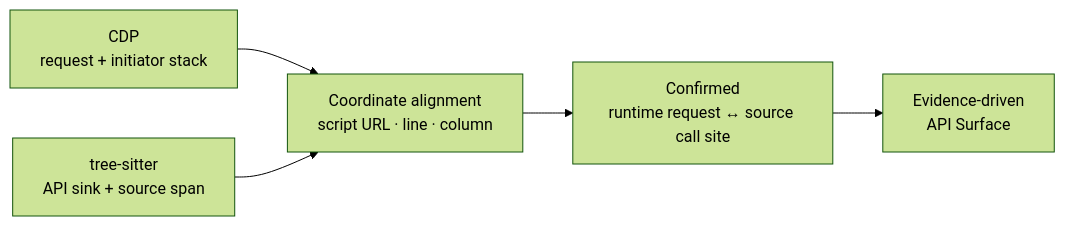
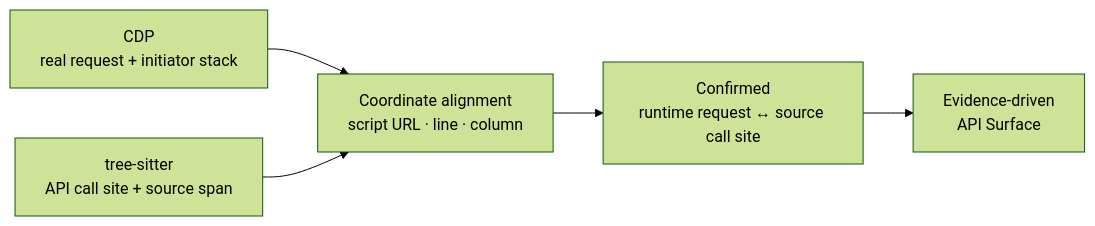
One commit to Asarejepht2959/TraceSurface changed the diagram in README.en.md. Above: the diagram before and after it, drawn with Mermaid (forest theme). The commit also changed other lines of this file and 10 other files, not shown here.

````diff
--- a/README.en.md
+++ b/README.en.md
@@ -31,7 +144,7 @@
 ```mermaid
 flowchart LR
-    A["CDP<br/>request + initiator stack"] --> C["Coordinate alignment<br/>script URL · line · column"]
-    B["tree-sitter<br/>API sink + source span"] --> C
+    A["CDP<br/>real request + initiator stack"] --> C["Coordinate alignment<br/>script URL · line · column"]
+    B["tree-sitter<br/>API call site + source span"] --> C
     C --> D["Confirmed<br/>runtime request ↔ source call site"]
     D --> E["Evidence-driven<br/>API Surface"]
 ```
````
